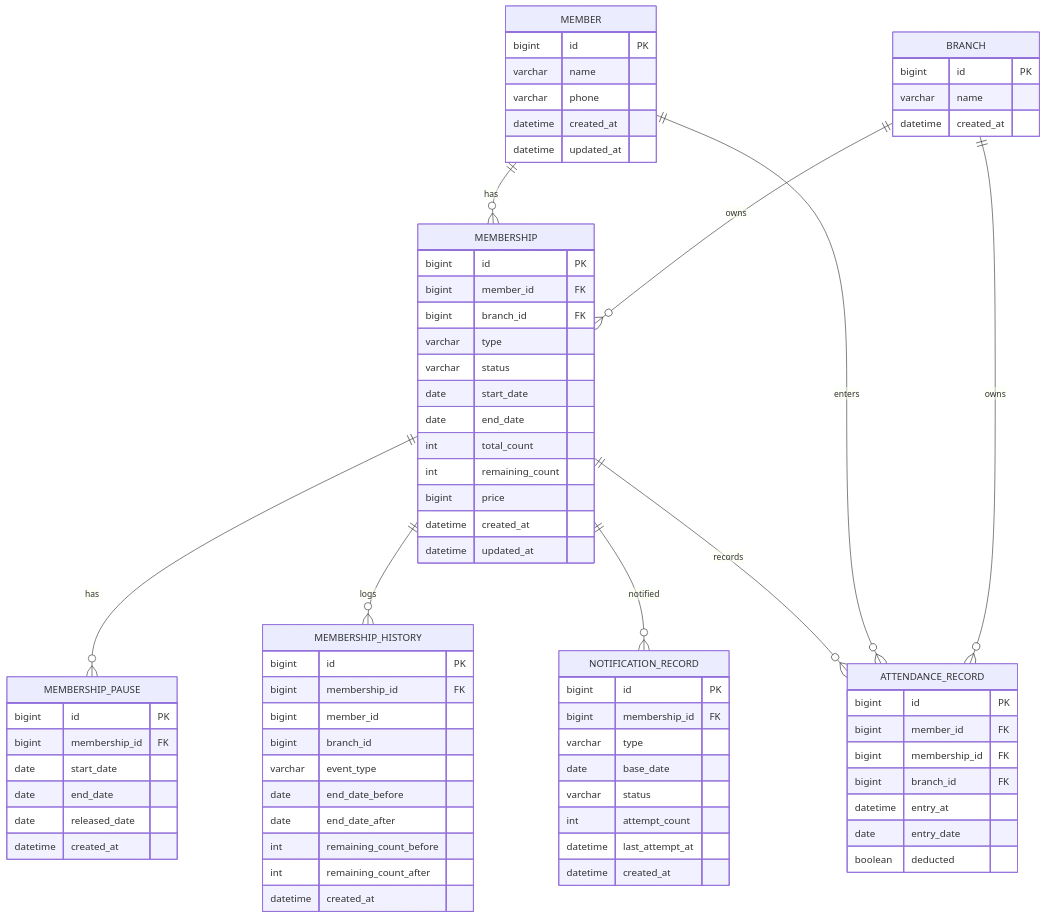
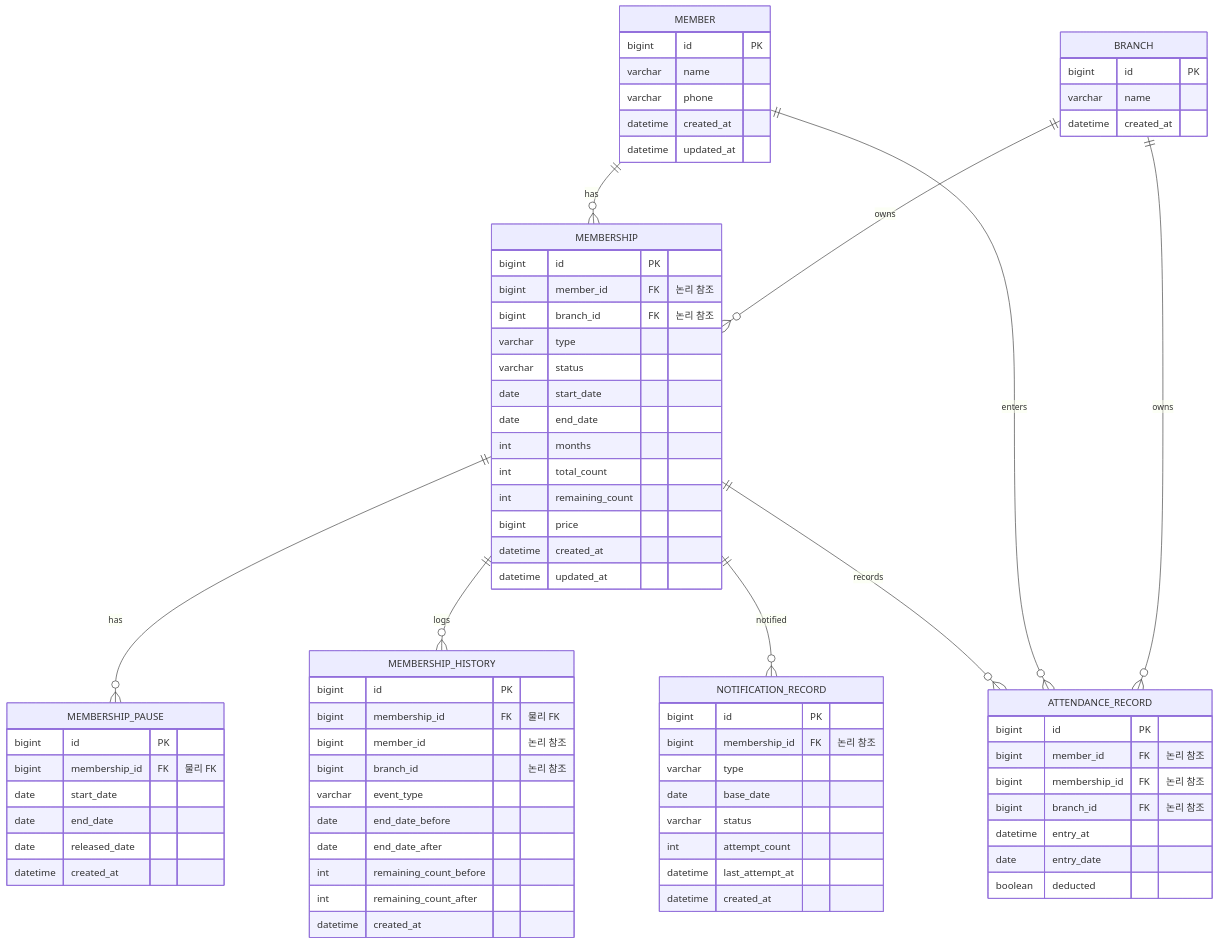
One commit to Lexyyaa/gym-pass changed the second of 3 diagrams in docs/design/03-domain-model.md. Above: the diagram before and after it, drawn with Mermaid. The commit also changed other lines of this file and 4 other files, not shown here.

````diff
--- a/docs/design/03-domain-model.md
+++ b/docs/design/03-domain-model.md
@@ -294,76 +312,77 @@
 ```mermaid
 erDiagram
     BRANCH ||--o{ MEMBERSHIP : owns
     BRANCH ||--o{ ATTENDANCE_RECORD : owns
     MEMBER ||--o{ MEMBERSHIP : has
     MEMBER ||--o{ ATTENDANCE_RECORD : enters
     MEMBERSHIP ||--o{ MEMBERSHIP_PAUSE : has
     MEMBERSHIP ||--o{ ATTENDANCE_RECORD : records
     MEMBERSHIP ||--o{ MEMBERSHIP_HISTORY : logs
     MEMBERSHIP ||--o{ NOTIFICATION_RECORD : notified
     BRANCH {
         bigint id PK
         varchar name
         datetime created_at
     }
     MEMBER {
         bigint id PK
         varchar name
         varchar phone
         datetime created_at
         datetime updated_at
     }
     MEMBERSHIP {
         bigint id PK
-        bigint member_id FK
-        bigint branch_id FK
+        bigint member_id FK "논리 참조"
+        bigint branch_id FK "논리 참조"
         varchar type
         varchar status
         date start_date
         date end_date
+        int months
         int total_count
         int remaining_count
         bigint price
         datetime created_at
         datetime updated_at
     }
     MEMBERSHIP_PAUSE {
         bigint id PK
-        bigint membership_id FK
+        bigint membership_id FK "물리 FK"
         date start_date
         date end_date
         date released_date
         datetime created_at
     }
     ATTENDANCE_RECORD {
         bigint id PK
-        bigint member_id FK
-        bigint membership_id FK
-        bigint branch_id FK
+        bigint member_id FK "논리 참조"
+        bigint membership_id FK "논리 참조"
+        bigint branch_id FK "논리 참조"
         datetime entry_at
         date entry_date
         boolean deducted
     }
     MEMBERSHIP_HISTORY {
         bigint id PK
-        bigint membership_id FK
-        bigint member_id
-        bigint branch_id
+        bigint membership_id FK "물리 FK"
+        bigint member_id "논리 참조"
+        bigint branch_id "논리 참조"
         varchar event_type
         date end_date_before
         date end_date_after
         int remaining_count_before
         int remaining_count_after
         datetime created_at
     }
     NOTIFICATION_RECORD {
         bigint id PK
-        bigint membership_id FK
+        bigint membership_id FK "논리 참조"
         varchar type
         date base_date
         varchar status
         int attempt_count
         datetime last_attempt_at
         datetime created_at
     }
 ```
````
